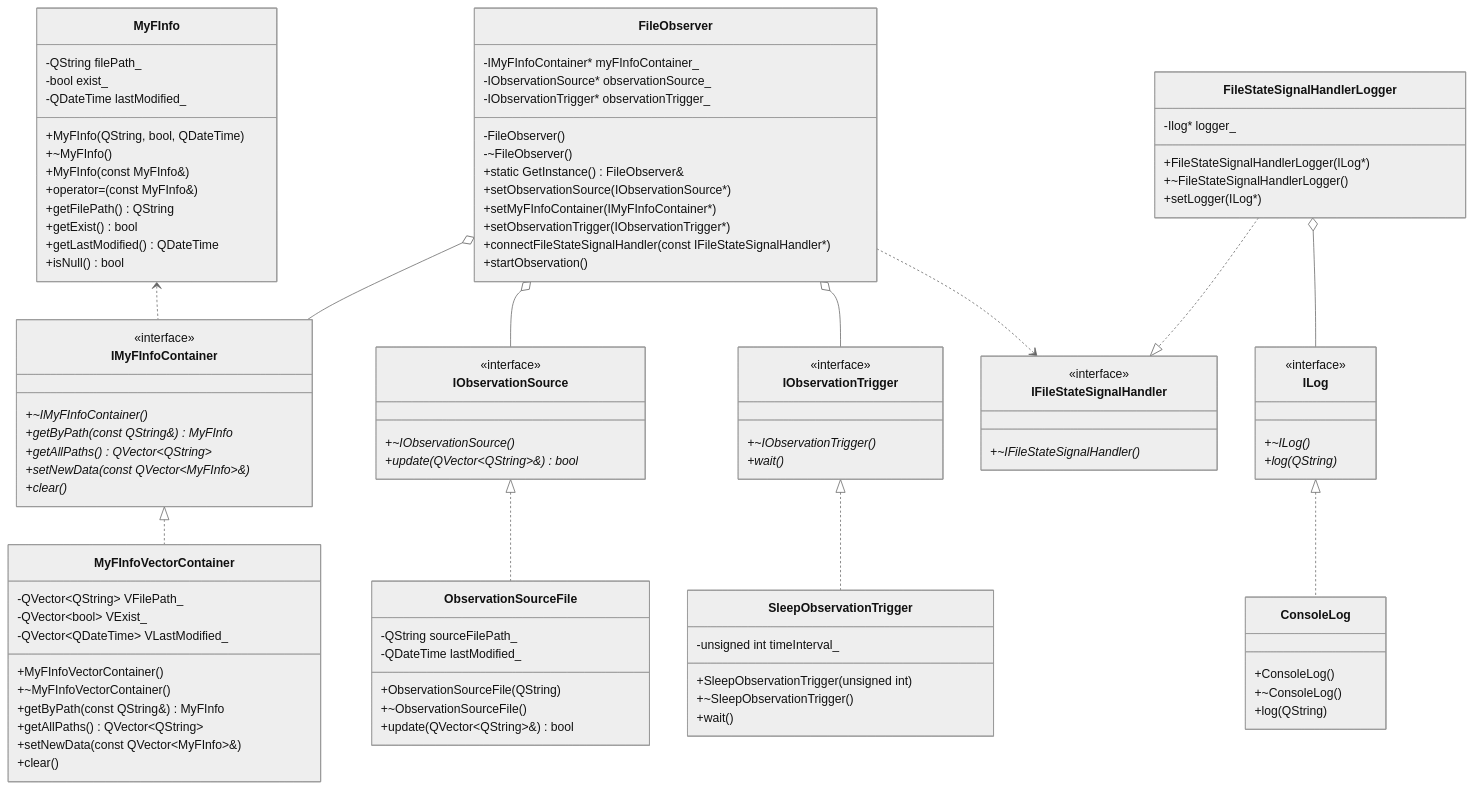
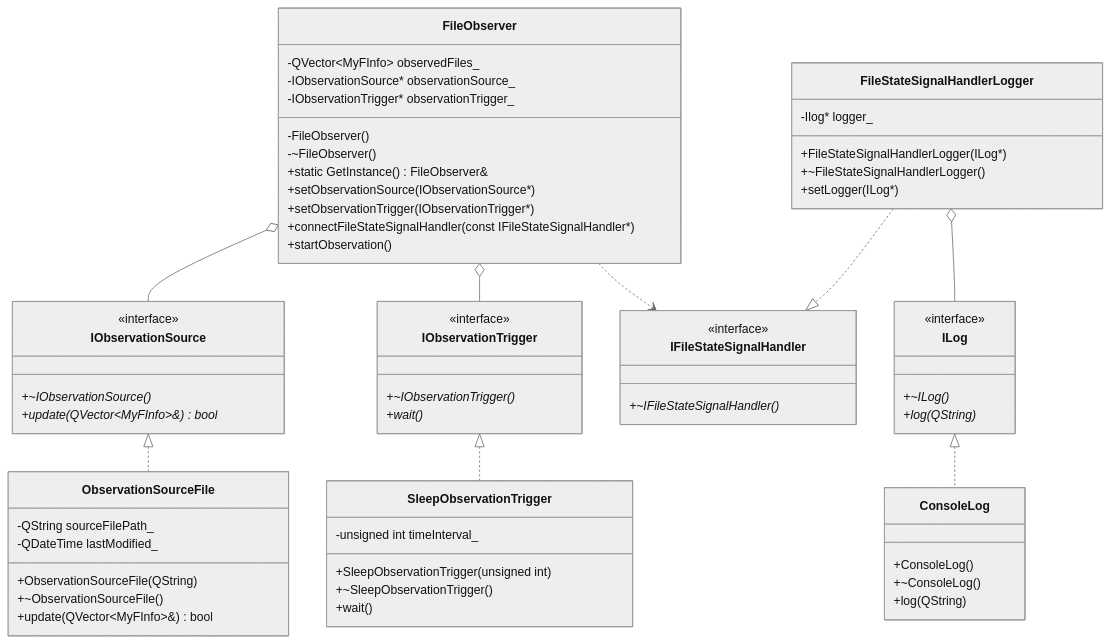
Before and after one commit to ILoveHumanity/FileWarden: the diagram in README.md, drawn with Mermaid (neutral theme). The commit also changed 16 other files, not shown here.

````diff
--- a/README.md
+++ b/README.md
@@ -24,50 +24,29 @@
 ```mermaid
 classDiagram
 	class FileObserver {
-		-IMyFInfoContainer* myFInfoContainer_
+		-QVector~MyFInfo~ observedFiles_
 		-IObservationSource* observationSource_
 		-IObservationTrigger* observationTrigger_
 		-FileObserver()
 		-~FileObserver()
 		+static GetInstance() FileObserver&
 		+setObservationSource(IObservationSource*)
-		+setMyFInfoContainer(IMyFInfoContainer*)
 		+setObservationTrigger(IObservationTrigger*)
 		+connectFileStateSignalHandler(const IFileStateSignalHandler*)
 		+startObservation()
-	}
-    
-	class IMyFInfoContainer {
-		<<interface>>
-		+~IMyFInfoContainer()*
-		+getByPath(const QString&) MyFInfo*
-		+getAllPaths() QVector~QString~*
-		+setNewData(const QVector~MyFInfo~&)*
-		+clear()*
-	}
-	class MyFInfoVectorContainer {
-		-QVector~QString~ VFilePath_
-		-QVector~bool~ VExist_
-		-QVector~QDateTime~ VLastModified_
-		+MyFInfoVectorContainer()
-		+~MyFInfoVectorContainer()
-		+getByPath(const QString&) MyFInfo
-		+getAllPaths() QVector~QString~
-		+setNewData(const QVector~MyFInfo~&)
-		+clear()
 	}
 
 	class IObservationSource {
 		<<interface>>
 		+~IObservationSource()*
-		+update(QVector~QString~&) bool*
+		+update(QVector~MyFInfo~&) bool*
 	}
 	class ObservationSourceFile {
 		-QString sourceFilePath_
 		-QDateTime lastModified_
 		+ObservationSourceFile(QString)
 		+~ObservationSourceFile()
-		+update(QVector~QString~&) bool
+		+update(QVector~MyFInfo~&) bool
 	}
 
 	class IObservationTrigger {
@@ -104,25 +83,6 @@
 		+log(QString)
 	}
 
-	class MyFInfo {
-		-QString filePath_
-		-bool exist_
-		-QDateTime lastModified_
-		+MyFInfo(QString, bool, QDateTime)
-		+~MyFInfo()
-		+MyFInfo(const MyFInfo&)
-		+operator=(const MyFInfo&)
-		+getFilePath() QString
-		+getExist() bool
-		+getLastModified() QDateTime
-		+isNull() bool
-	}
-
-	MyFInfo <.. IMyFInfoContainer
-
-	FileObserver o-- IMyFInfoContainer
-	IMyFInfoContainer <|.. MyFInfoVectorContainer
-
 	FileObserver o-- IObservationSource
 	IObservationSource <|.. ObservationSourceFile
 
@@ -130,7 +90,7 @@
 	IObservationTrigger <|.. SleepObservationTrigger
 
 	FileObserver ..> IFileStateSignalHandler
-    FileStateSignalHandlerLogger ..|> IFileStateSignalHandler
-    FileStateSignalHandlerLogger o-- ILog
+    	FileStateSignalHandlerLogger ..|> IFileStateSignalHandler
+    	FileStateSignalHandlerLogger o-- ILog
 	ILog <|.. ConsoleLog
 ```
````
